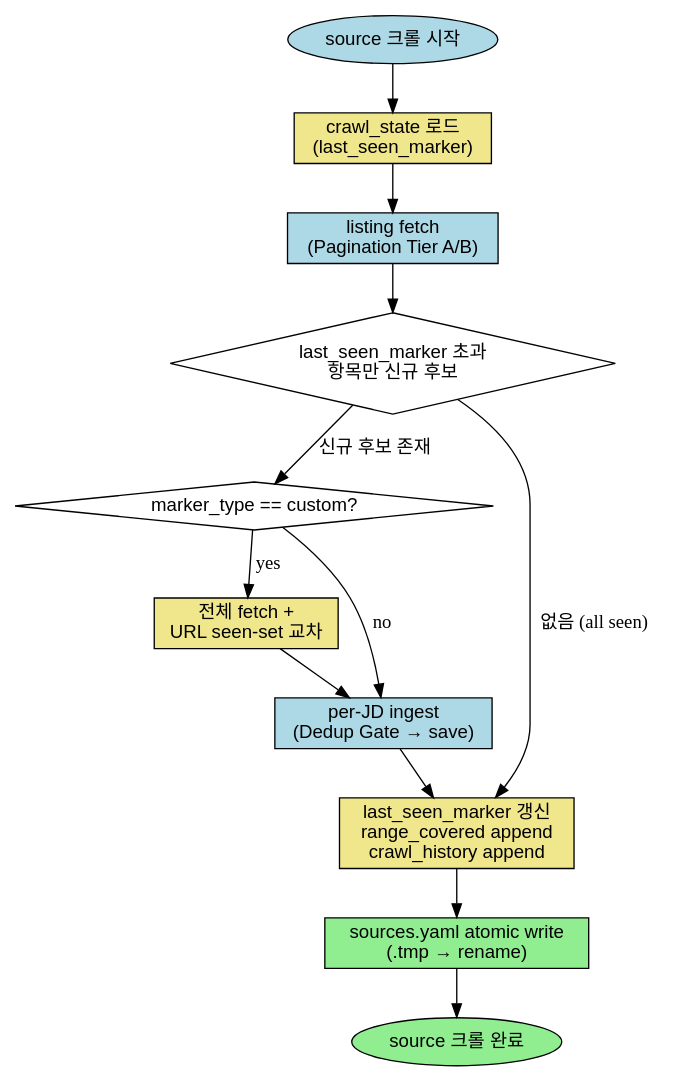
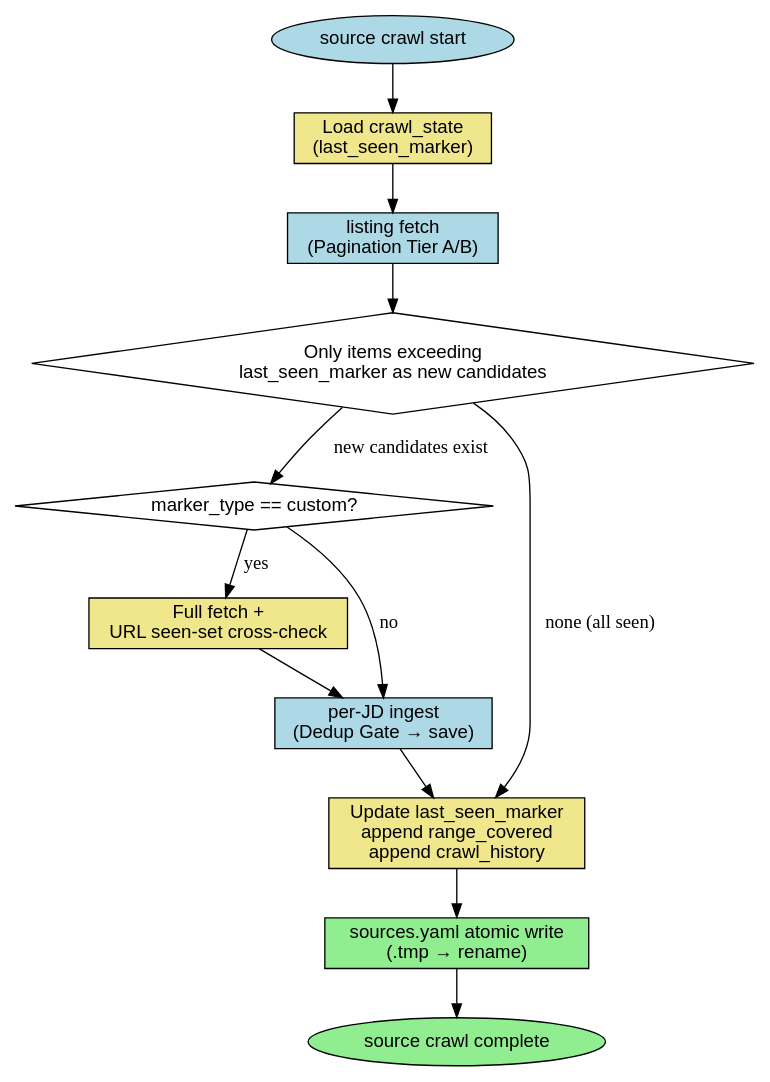
One commit to toongri/oh-my-toong-playground changed the seventh of 8 diagrams in skills/collect-jd/reference/rules.md. Above: the diagram before and after it, drawn with Graphviz. The commit also changed other lines of this file and 3 other files, not shown here.

````diff
--- a/skills/collect-jd/reference/rules.md
+++ b/skills/collect-jd/reference/rules.md
@@ -531,26 +633,26 @@
 ```dot
 digraph hwm_ledger {
   rankdir=TB;
   node [shape=box, fontname="Helvetica"];
 
-  start [label="source 크롤 시작", shape=ellipse, style=filled, fillcolor=lightblue];
-  load_marker [label="crawl_state 로드\n(last_seen_marker)", style=filled, fillcolor=khaki];
+  start [label="source crawl start", shape=ellipse, style=filled, fillcolor=lightblue];
+  load_marker [label="Load crawl_state\n(last_seen_marker)", style=filled, fillcolor=khaki];
   fetch [label="listing fetch\n(Pagination Tier A/B)", style=filled, fillcolor=lightblue];
-  filter [label="last_seen_marker 초과\n항목만 신규 후보", shape=diamond];
+  filter [label="Only items exceeding\nlast_seen_marker as new candidates", shape=diamond];
   is_custom [label="marker_type == custom?", shape=diamond];
-  seen_set [label="전체 fetch +\nURL seen-set 교차", style=filled, fillcolor=khaki];
+  seen_set [label="Full fetch +\nURL seen-set cross-check", style=filled, fillcolor=khaki];
   per_jd [label="per-JD ingest\n(Dedup Gate → save)", style=filled, fillcolor=lightblue];
-  update_hwm [label="last_seen_marker 갱신\nrange_covered append\ncrawl_history append", style=filled, fillcolor=khaki];
+  update_hwm [label="Update last_seen_marker\nappend range_covered\nappend crawl_history", style=filled, fillcolor=khaki];
   atomic_write [label="sources.yaml atomic write\n(.tmp → rename)", style=filled, fillcolor=lightgreen];
-  done [label="source 크롤 완료", shape=ellipse, style=filled, fillcolor=lightgreen];
+  done [label="source crawl complete", shape=ellipse, style=filled, fillcolor=lightgreen];
 
   start -> load_marker -> fetch -> filter;
-  filter -> is_custom [label="신규 후보 존재"];
-  filter -> update_hwm [label="없음 (all seen)"];
+  filter -> is_custom [label="new candidates exist"];
+  filter -> update_hwm [label="none (all seen)"];
   is_custom -> seen_set [label="yes"];
   is_custom -> per_jd [label="no"];
   seen_set -> per_jd;
   per_jd -> update_hwm;
   update_hwm -> atomic_write -> done;
 }
 ```
````
